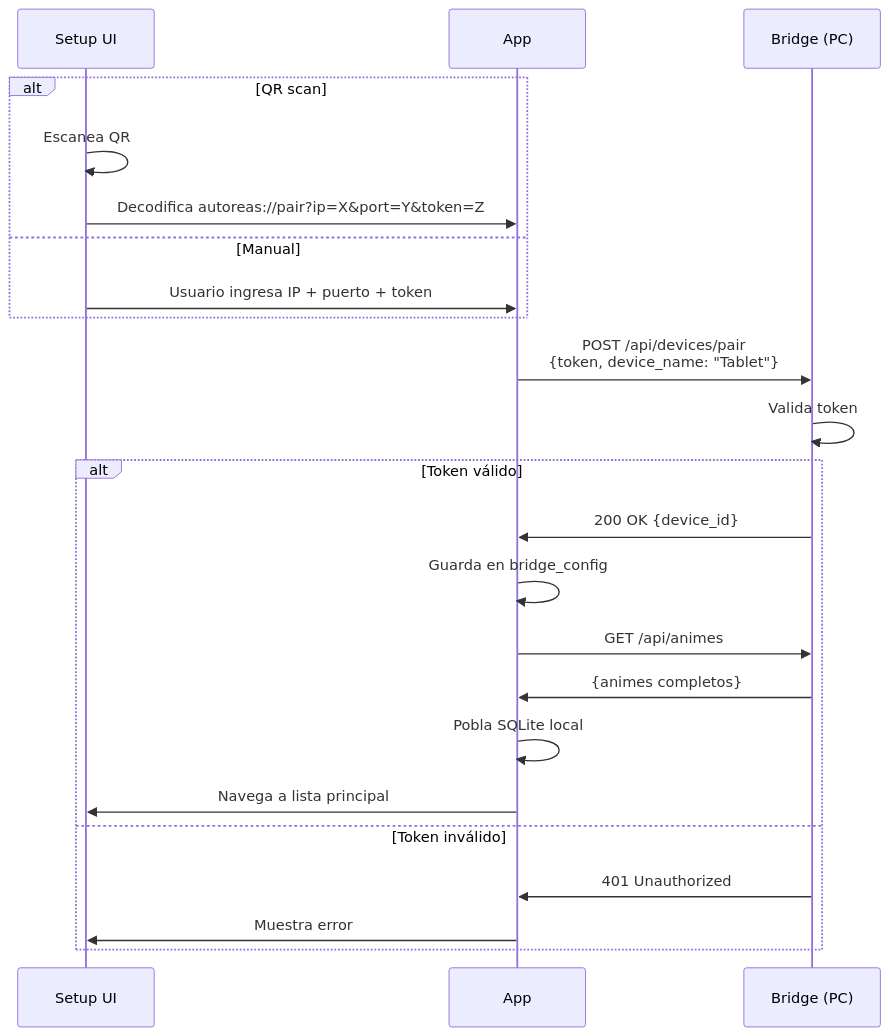
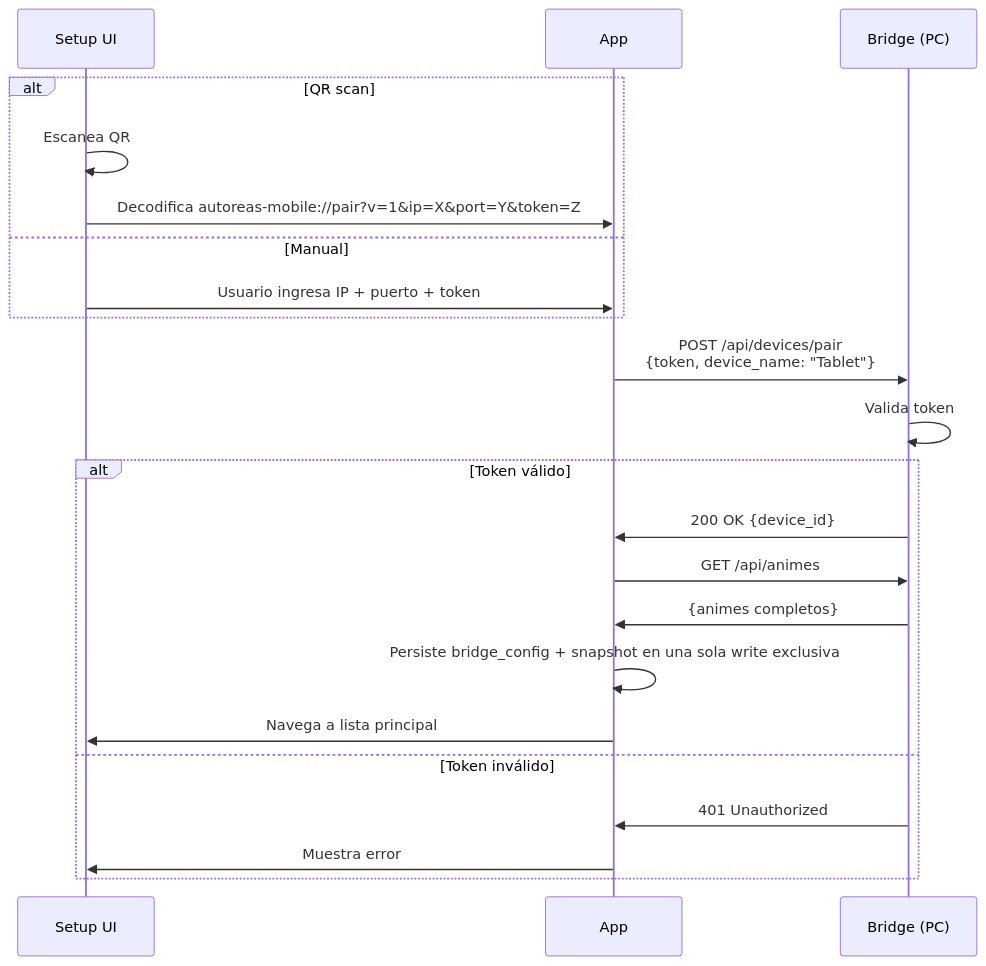
One commit to Disble/autoreas-mobile changed the third of 5 diagrams in docs/Autoreas_mobile_design_doc.md. Above: the diagram before and after it, drawn with Mermaid. The commit also changed other lines of this file and 33 other files, not shown here.

Commit message:
feat(setup): add QR bridge pairing flow

````diff
--- a/docs/Autoreas_mobile_design_doc.md
+++ b/docs/Autoreas_mobile_design_doc.md
@@ -325,27 +325,26 @@
 ```mermaid
 sequenceDiagram
     participant UI as Setup UI
     participant APP as App
     participant B as Bridge (PC)
 
     alt QR scan
         UI->>UI: Escanea QR
-        UI->>APP: Decodifica autoreas://pair?ip=X&port=Y&token=Z
+        UI->>APP: Decodifica autoreas-mobile://pair?v=1&ip=X&port=Y&token=Z
     else Manual
         UI->>APP: Usuario ingresa IP + puerto + token
     end
 
     APP->>B: POST /api/devices/pair<br/>{token, device_name: "Tablet"}
     B->>B: Valida token
     alt Token válido
         B->>APP: 200 OK {device_id}
-        APP->>APP: Guarda en bridge_config
         APP->>B: GET /api/animes
         B->>APP: {animes completos}
-        APP->>APP: Pobla SQLite local
+        APP->>APP: Persiste bridge_config + snapshot en una sola write exclusiva
         APP->>UI: Navega a lista principal
     else Token inválido
         B->>APP: 401 Unauthorized
         APP->>UI: Muestra error
     end
 ```
````
